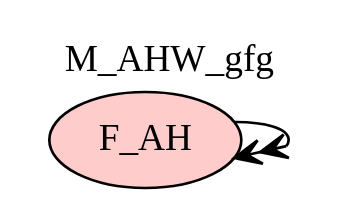
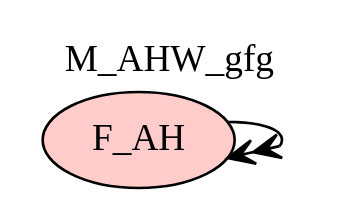
The diagram in Haskell/FragmentaTests/PetsWorld/img/M_AHW_gfg.gv (namalio/Fragmenta), drawn with Graphviz before and after one commit. The commit also changed 129 other files, not shown here.

```diff
--- a/Haskell/FragmentaTests/PetsWorld/img/M_AHW_gfg.gv
+++ b/Haskell/FragmentaTests/PetsWorld/img/M_AHW_gfg.gv
@@ -1,5 +1,5 @@
 digraph {graph[label=M_AHW_gfg,labelloc=tl,labelfontsize=12];
 "F_AH"[shape=oval,fillcolor="#FFCCCC",style ="filled",label="F_AH"];
 
-"F_AH"->"F_AH"[arrowhead=veevee];
+"F_AH"->"F_AH"[label=" ",arrowhead=veevee];
 }
```
